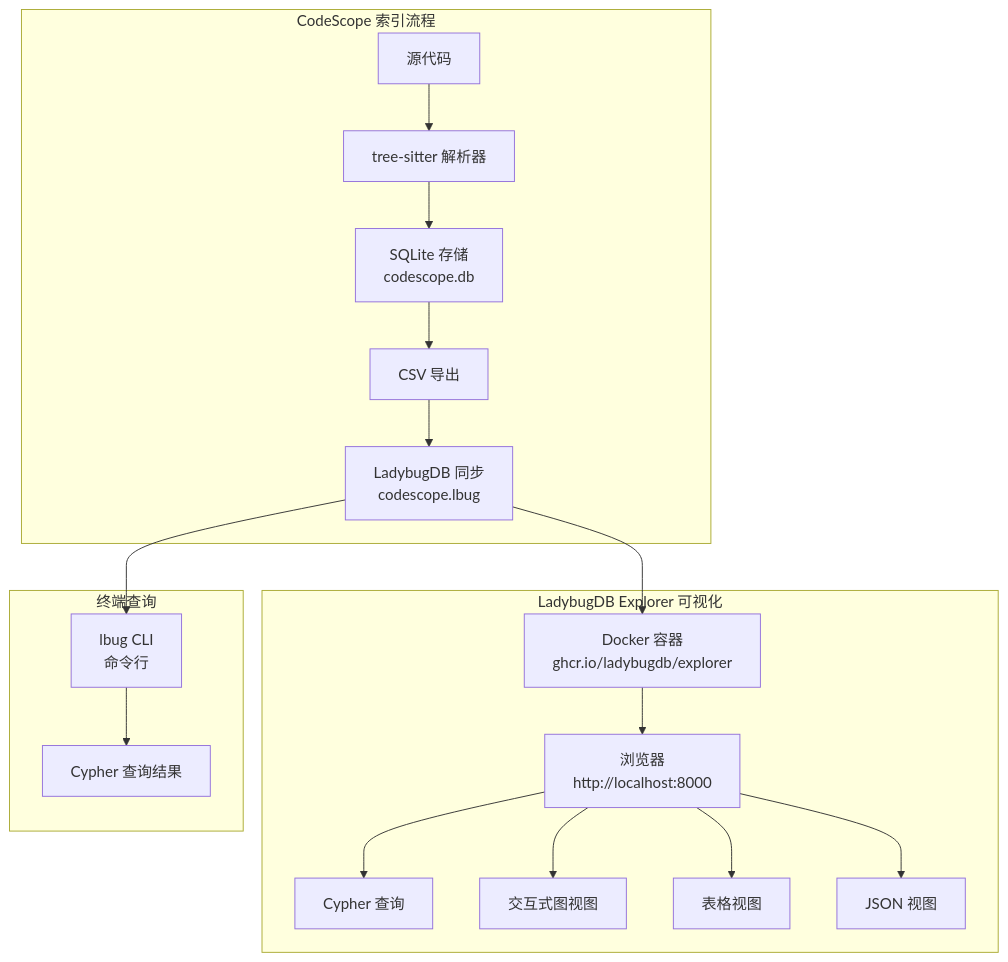
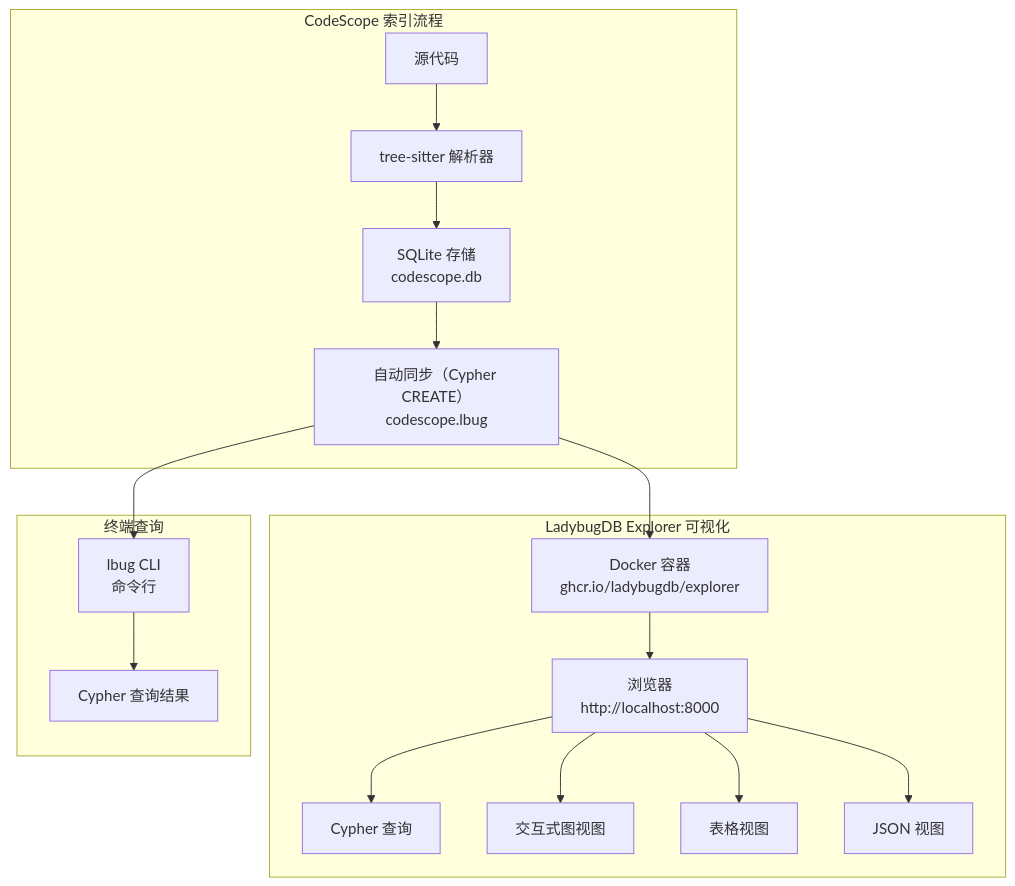
Before and after one commit to Timwood0x10/CodeScope: the fourth of 4 diagrams in docs/zh/ladybugdb_explorer.md, drawn with Mermaid. The commit also changed other lines of this file and 5 other files, not shown here.

Commit message:
refactor(store): replace COPY FROM with batched Cypher CREATE for LadybugDB sync

````diff
--- a/docs/zh/ladybugdb_explorer.md
+++ b/docs/zh/ladybugdb_explorer.md
@@ -229,23 +205,22 @@
 ```mermaid
 flowchart TB
     subgraph "CodeScope 索引流程"
         A["源代码"] --> B["tree-sitter 解析器"]
         B --> C["SQLite 存储<br/>codescope.db"]
-        C --> D["CSV 导出"]
-        D --> E["LadybugDB 同步<br/>codescope.lbug"]
+        C --> E["自动同步（Cypher CREATE）<br/>codescope.lbug"]
     end
 
     subgraph "LadybugDB Explorer 可视化"
         E --> F["Docker 容器<br/>ghcr.io/ladybugdb/explorer"]
         F --> G["浏览器<br/>http://localhost:8000"]
         G --> H["Cypher 查询"]
         G --> I["交互式图视图"]
         G --> J["表格视图"]
         G --> K["JSON 视图"]
     end
 
     subgraph "终端查询"
         E --> L["lbug CLI<br/>命令行"]
         L --> M["Cypher 查询结果"]
     end
 ```
````
